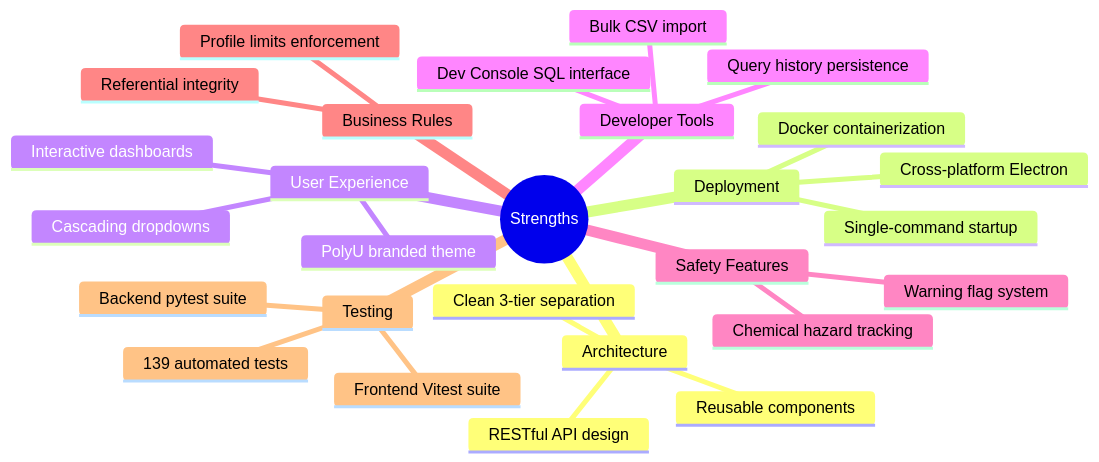
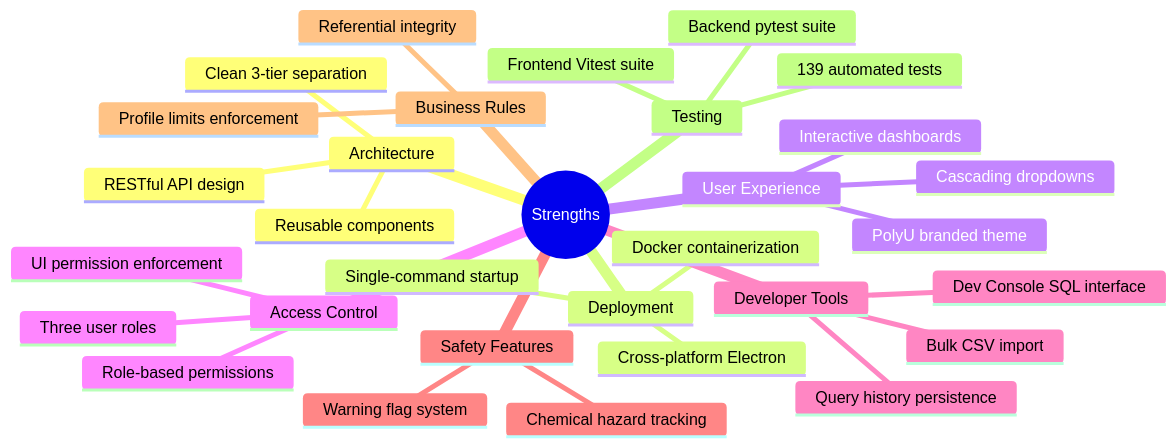
One commit to HaochenFa/COMP2411_DBMS_CMMS_GroupProject changed the fifth of 14 diagrams in PROJECT_REPORT.md. Above: the diagram before and after it, drawn with Mermaid. The commit also changed other lines of this file and 14 other files, not shown here.

First line of the commit message:
feat: Implement role-based access control (RBAC) system

````diff
--- a/PROJECT_REPORT.md
+++ b/PROJECT_REPORT.md
@@ -258,30 +258,34 @@
 ```mermaid
 mindmap
   root((Strengths))
     Architecture
       Clean 3-tier separation
       RESTful API design
       Reusable components
     Deployment
       Docker containerization
       Single-command startup
       Cross-platform Electron
     User Experience
       PolyU branded theme
       Interactive dashboards
       Cascading dropdowns
+    Access Control
+      Role-based permissions
+      Three user roles
+      UI permission enforcement
     Developer Tools
       Dev Console SQL interface
       Query history persistence
       Bulk CSV import
     Safety Features
       Chemical hazard tracking
       Warning flag system
     Business Rules
       Profile limits enforcement
       Referential integrity
     Testing
       139 automated tests
       Backend pytest suite
       Frontend Vitest suite
 ```
````
